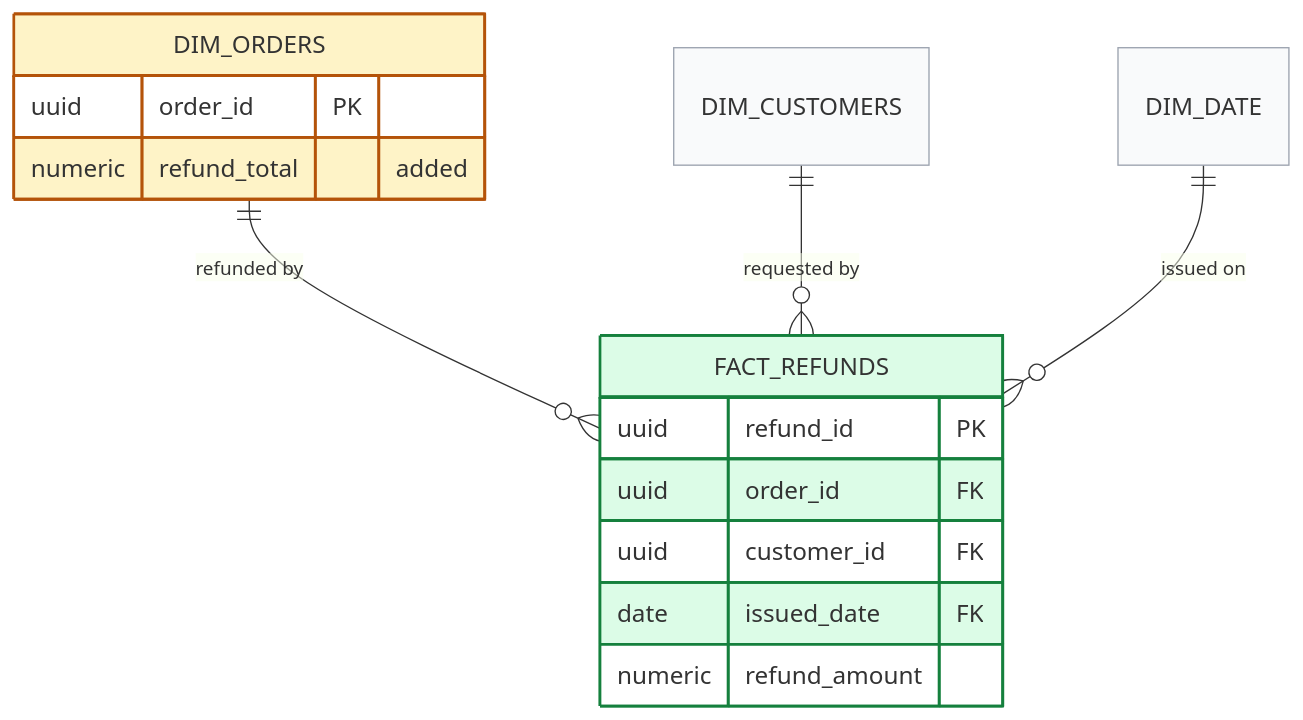
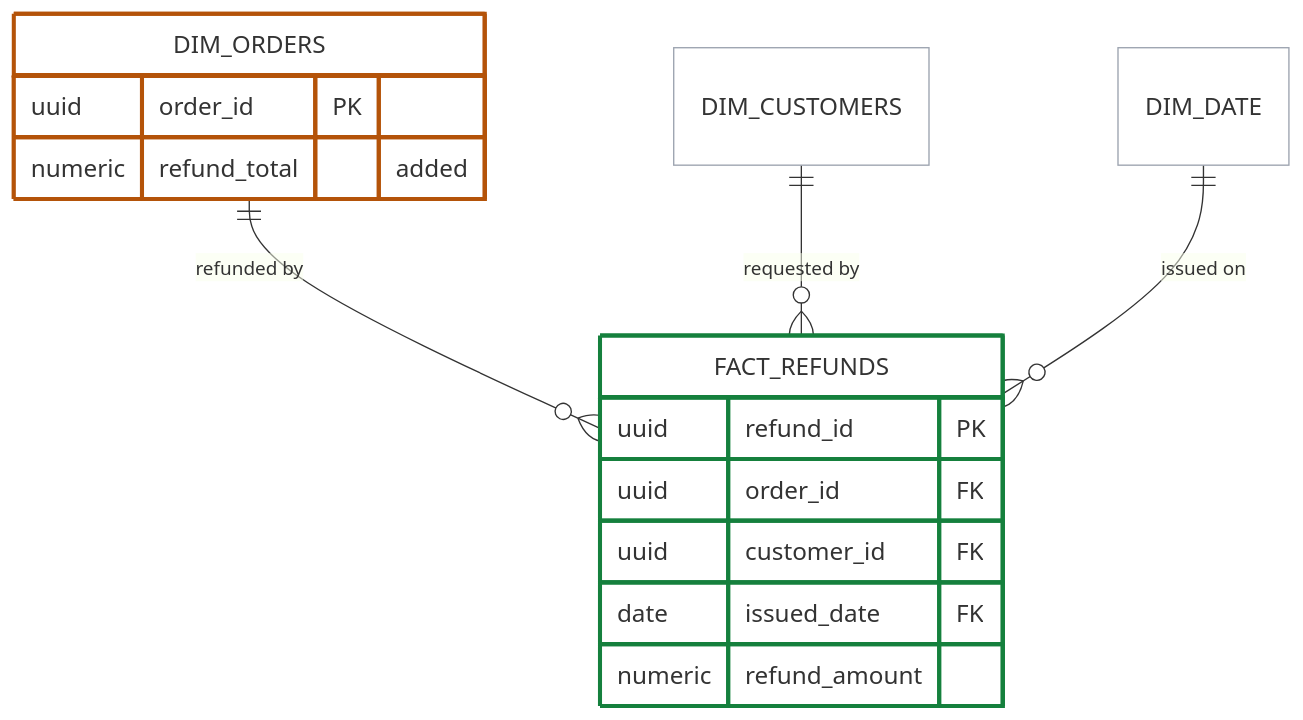
The second of 2 diagrams in README.md (zachloertscher/claude-tools), drawn with Mermaid before and after one commit. The commit also changed other lines of this file and 1 other file, not shown here.

First line of the commit message:
Outline-only ERD styling

````diff
--- a/README.md
+++ b/README.md
@@ -82,28 +82,28 @@
 ```mermaid
 %%{init: {'themeVariables': {'fontSize':'18px'}}}%%
 erDiagram
-    classDef newNode      fill:#dcfce7,stroke:#15803d,stroke-width:2px
-    classDef changedNode  fill:#fef3c7,stroke:#b45309,stroke-width:2px
-    classDef existingNode fill:#f9fafb,stroke:#9ca3af,stroke-width:1px
+    classDef newNode      fill:#ffffff,stroke:#15803d,stroke-width:3px
+    classDef changedNode  fill:#ffffff,stroke:#b45309,stroke-width:3px
+    classDef existingNode fill:#ffffff,stroke:#9ca3af,stroke-width:1px
 
     DIM_ORDERS    ||--o{ FACT_REFUNDS : "refunded by"
     DIM_CUSTOMERS ||--o{ FACT_REFUNDS : "requested by"
     DIM_DATE      ||--o{ FACT_REFUNDS : "issued on"
 
     FACT_REFUNDS {
         uuid refund_id PK
         uuid order_id FK
         uuid customer_id FK
         date issued_date FK
         numeric refund_amount
     }
     DIM_ORDERS {
         uuid order_id PK
         numeric refund_total "added"
     }
 
     FACT_REFUNDS:::newNode
     DIM_ORDERS:::changedNode
     DIM_CUSTOMERS:::existingNode
     DIM_DATE:::existingNode
 ```
````
